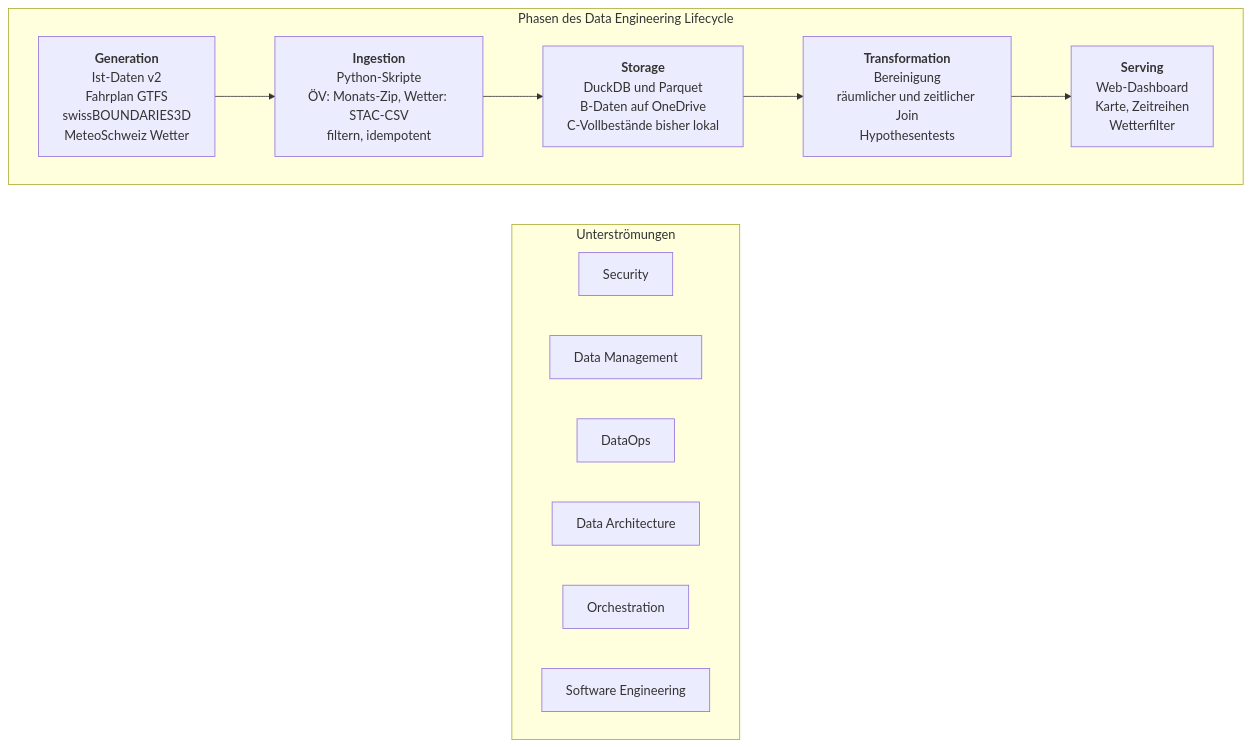
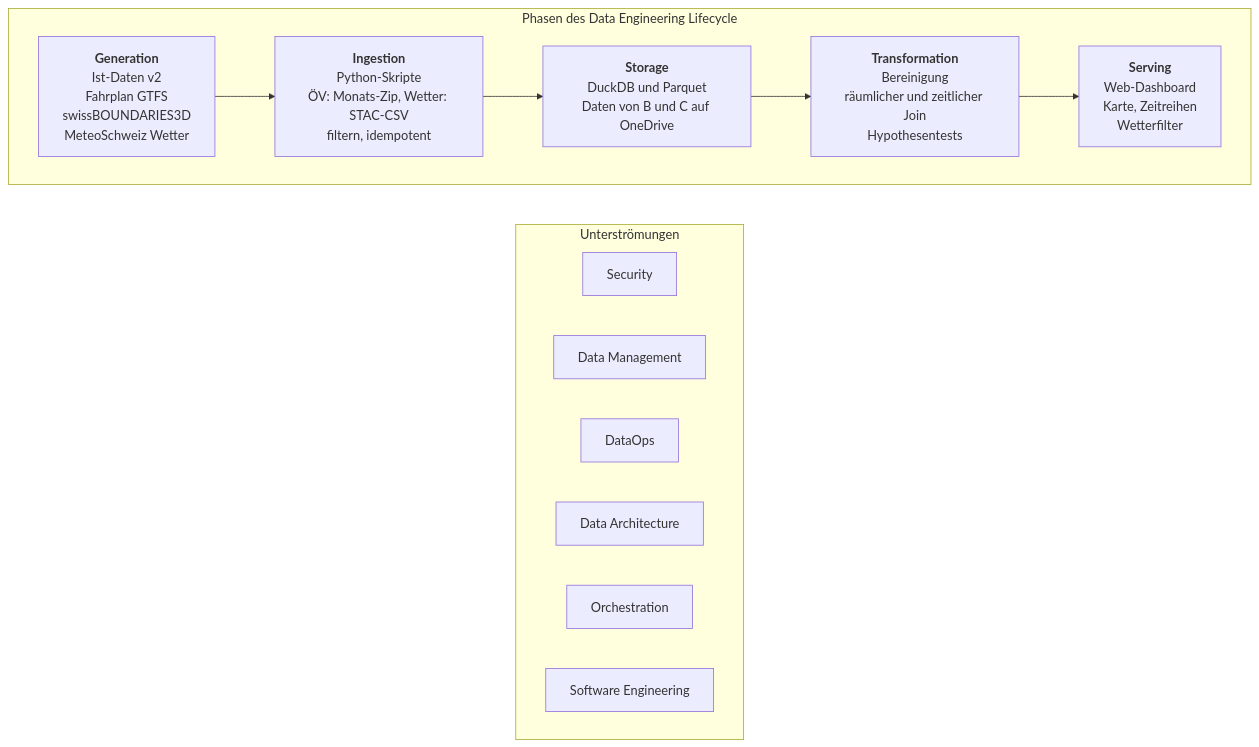
The diagram in docs/lifecycle.md (zeitmann/oev-wetter), drawn with Mermaid before and after one commit. The commit also changed other lines of this file and 2 other files, not shown here.

First line of the commit message:
Paket C: Datenlink im README, Übergabe und Lifecycle auf aktuellen Stand

````diff
--- a/docs/lifecycle.md
+++ b/docs/lifecycle.md
@@ -9,24 +9,24 @@
 ```mermaid
 flowchart TB
     subgraph P["Phasen des Data Engineering Lifecycle"]
         direction LR
         G["<b>Generation</b><br/>Ist-Daten v2<br/>Fahrplan GTFS<br/>swissBOUNDARIES3D<br/>MeteoSchweiz Wetter"]
         I["<b>Ingestion</b><br/>Python-Skripte<br/>ÖV: Monats-Zip, Wetter: STAC-CSV<br/>filtern, idempotent"]
-        S["<b>Storage</b><br/>DuckDB und Parquet<br/>B-Daten auf OneDrive<br/>C-Vollbestände bisher lokal"]
+        S["<b>Storage</b><br/>DuckDB und Parquet<br/>Daten von B und C auf OneDrive"]
         T["<b>Transformation</b><br/>Bereinigung<br/>räumlicher und zeitlicher Join<br/>Hypothesentests"]
         V["<b>Serving</b><br/>Web-Dashboard<br/>Karte, Zeitreihen<br/>Wetterfilter"]
         G --> I --> S --> T --> V
     end
 
     subgraph U["Unterströmungen"]
         direction LR
         U1["Security"]
         U2["Data Management"]
         U3["DataOps"]
         U4["Data Architecture"]
         U5["Orchestration"]
         U6["Software Engineering"]
     end
 
     P ~~~ U
 ```
````
